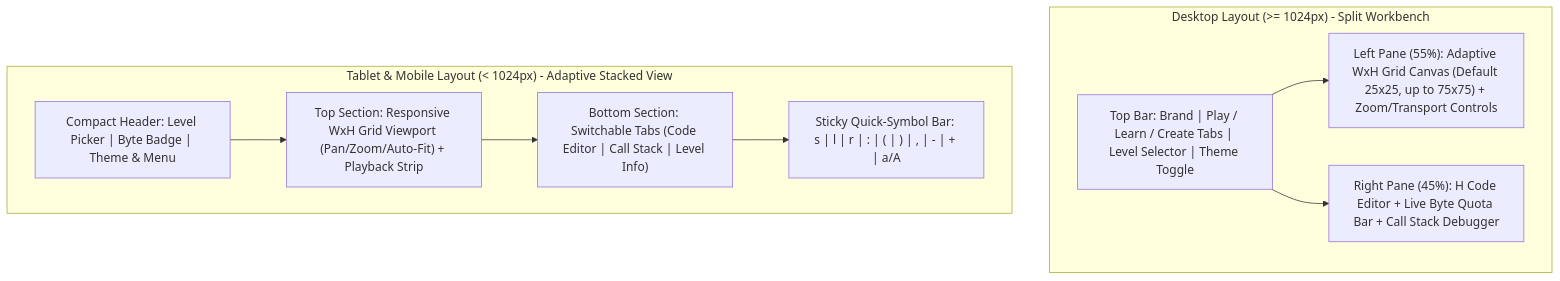
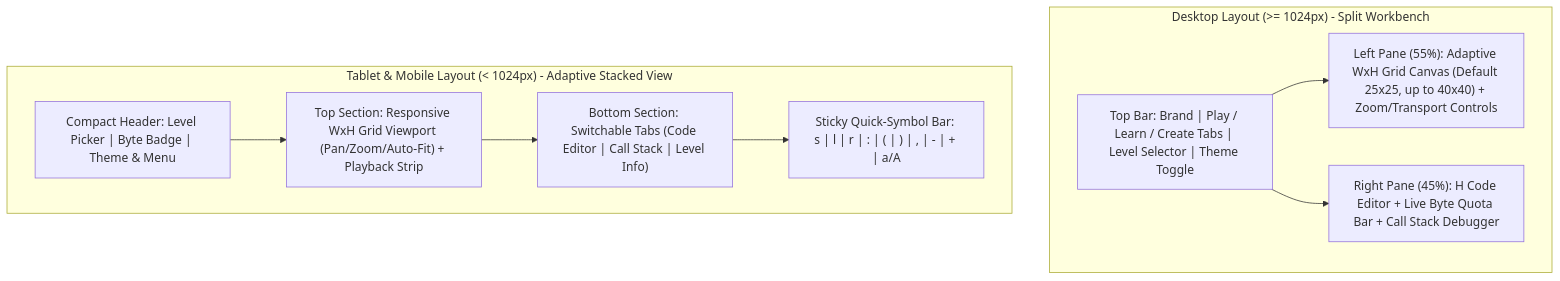
Before and after one commit to victorunique/herbert: the first of 2 diagrams in PRD.md, drawn with Mermaid. The commit also changed other lines of this file and 13 other files, not shown here.

````diff
--- a/PRD.md
+++ b/PRD.md
@@ -209,18 +208,18 @@
 ```mermaid
 flowchart TD
     subgraph Desktop["Desktop Layout (>= 1024px) - Split Workbench"]
         D_Nav["Top Bar: Brand | Play / Learn / Create Tabs | Level Selector | Theme Toggle"]
-        D_Left["Left Pane (55%): Adaptive WxH Grid Canvas (Default 25x25, up to 75x75) + Zoom/Transport Controls"]
+        D_Left["Left Pane (55%): Adaptive WxH Grid Canvas (Default 25x25, up to 40x40) + Zoom/Transport Controls"]
         D_Right["Right Pane (45%): H Code Editor + Live Byte Quota Bar + Call Stack Debugger"]
         D_Nav --> D_Left
         D_Nav --> D_Right
     end
 
     subgraph MobileTablet["Tablet & Mobile Layout (< 1024px) - Adaptive Stacked View"]
         M_Nav["Compact Header: Level Picker | Byte Badge | Theme & Menu"]
         M_Grid["Top Section: Responsive WxH Grid Viewport (Pan/Zoom/Auto-Fit) + Playback Strip"]
         M_Tabs["Bottom Section: Switchable Tabs (Code Editor | Call Stack | Level Info)"]
         M_KeyBar["Sticky Quick-Symbol Bar: s | l | r | : | ( | ) | , | - | + | a/A"]
         M_Nav --> M_Grid --> M_Tabs --> M_KeyBar
     end
 ```
````
